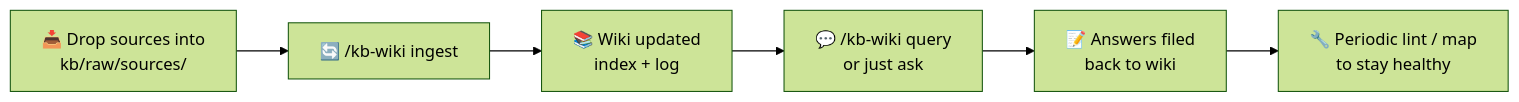
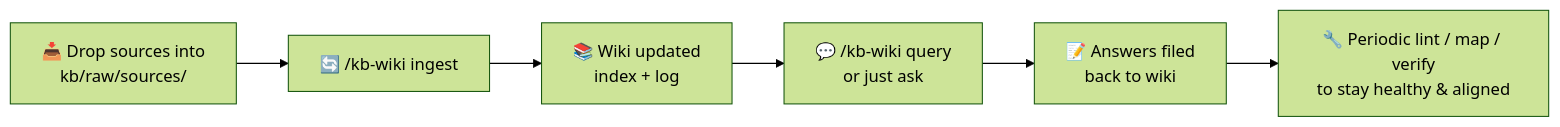
One commit to RayChang/agent-skills changed the diagram in README.en.md. Above: the diagram before and after it, drawn with Mermaid (forest theme). The commit also changed other lines of this file and 1 other file, not shown here.

First line of the commit message:
📝 docs(readme): document kb-wiki verify operation (#2)

````diff
--- a/README.en.md
+++ b/README.en.md
@@ -113,8 +116,8 @@
 ```mermaid
 flowchart LR
     A[📥 Drop sources into<br/>kb/raw/sources/] --> B[🔄 /kb-wiki ingest]
     B --> C[📚 Wiki updated<br/>index + log]
     C --> D[💬 /kb-wiki query<br/>or just ask]
     D --> E[📝 Answers filed<br/>back to wiki]
-    E --> F[🔧 Periodic lint / map<br/>to stay healthy]
+    E --> F[🔧 Periodic lint / map / verify<br/>to stay healthy & aligned]
 ```
````
